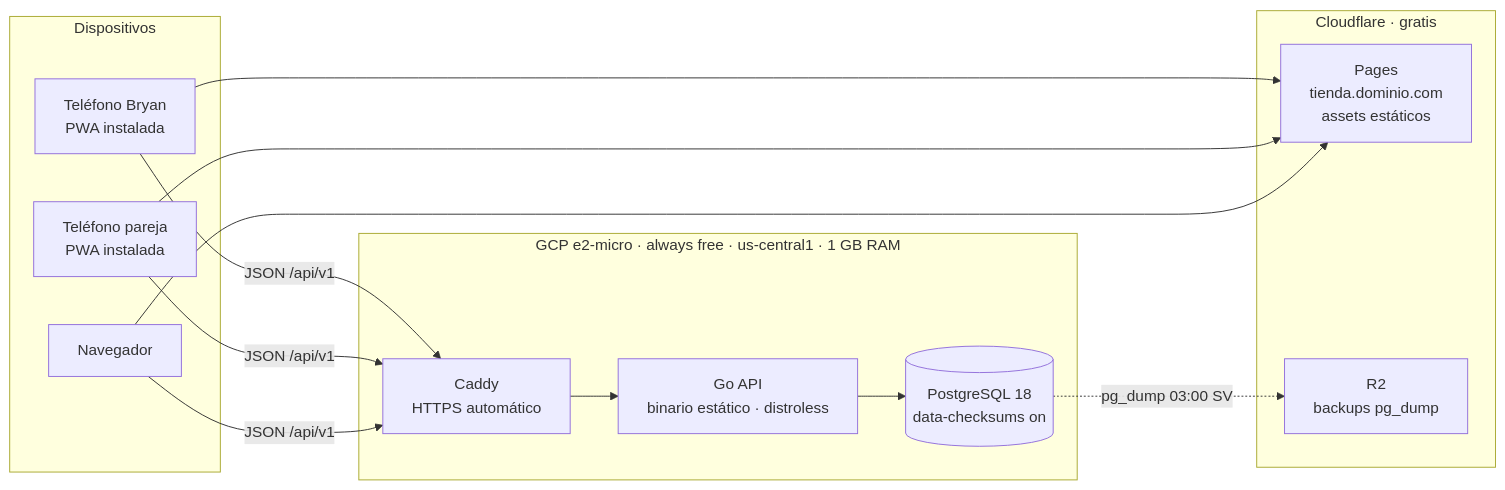
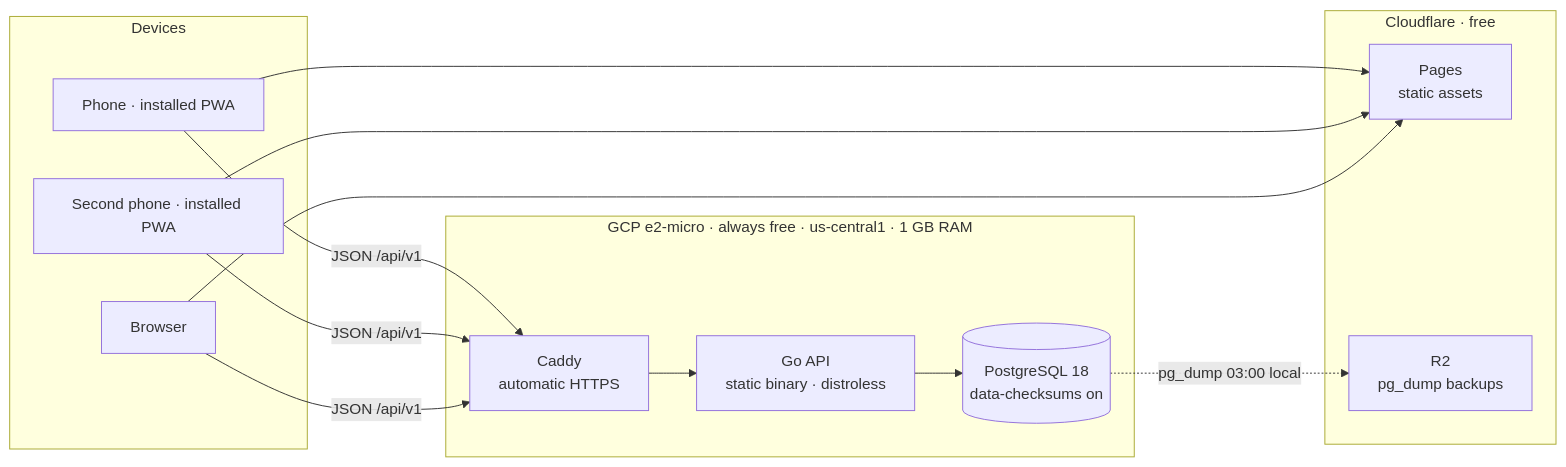
The first of 6 diagrams in docs/ARCHITECTURE.md (Bryandrm/Store-system), drawn with Mermaid before and after one commit. The commit also changed other lines of this file and 1 other file, not shown here.

First line of the commit message:
docs: architecture diagrams and implementation status

````diff
--- a/docs/ARCHITECTURE.md
+++ b/docs/ARCHITECTURE.md
@@ -33,29 +32,29 @@
 ```mermaid
 flowchart LR
-    subgraph disp["Dispositivos"]
-        tel["Teléfono Bryan<br/>PWA instalada"]
-        tel2["Teléfono pareja<br/>PWA instalada"]
-        web["Navegador"]
+    subgraph devices["Devices"]
+        phone1["Phone · installed PWA"]
+        phone2["Second phone · installed PWA"]
+        web["Browser"]
     end
 
-    subgraph cf["Cloudflare · gratis"]
-        pages["Pages<br/>tienda.dominio.com<br/>assets estáticos"]
-        r2["R2<br/>backups pg_dump"]
+    subgraph cf["Cloudflare · free"]
+        pages["Pages<br/>static assets"]
+        r2["R2<br/>pg_dump backups"]
     end
 
     subgraph gcp["GCP e2-micro · always free · us-central1 · 1 GB RAM"]
-        caddy["Caddy<br/>HTTPS automático"]
-        api["Go API<br/>binario estático · distroless"]
+        caddy["Caddy<br/>automatic HTTPS"]
+        api["Go API<br/>static binary · distroless"]
         pg[("PostgreSQL 18<br/>data-checksums on")]
     end
 
-    tel  --> pages
-    tel2 --> pages
-    web  --> pages
-    tel  -->|"JSON /api/v1"| caddy
-    tel2 -->|"JSON /api/v1"| caddy
-    web  -->|"JSON /api/v1"| caddy
+    phone1 --> pages
+    phone2 --> pages
+    web --> pages
+    phone1 -->|"JSON /api/v1"| caddy
+    phone2 -->|"JSON /api/v1"| caddy
+    web -->|"JSON /api/v1"| caddy
     caddy --> api
     api --> pg
-    pg -.->|"pg_dump 03:00 SV"| r2
+    pg -.->|"pg_dump 03:00 local"| r2
 ```
````
